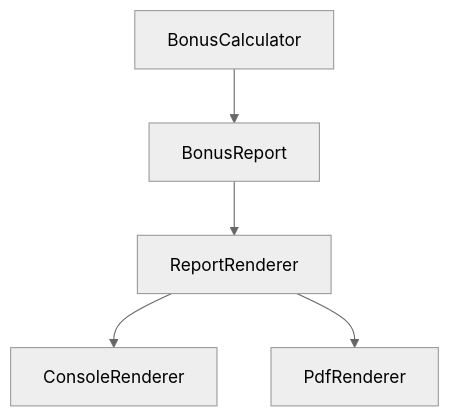
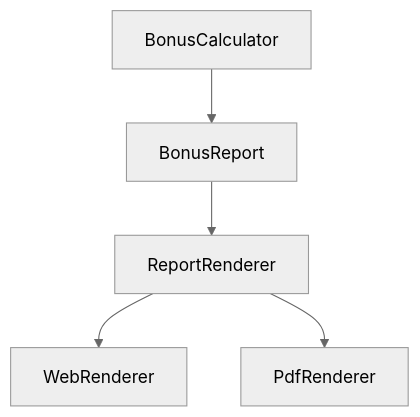
Diagram 13 of 16 in lectures/Lec1/vitepress.md (Kert0n/KPO), drawn with Mermaid (neutral theme) before and after one commit. The commit also changed other lines of this file, not shown here.

````diff
--- a/lectures/Lec1/vitepress.md
+++ b/lectures/Lec1/vitepress.md
@@ -1173,7 +1189,7 @@
 ```mermaid
 flowchart TD
     A["BonusCalculator"] --> B["BonusReport"]
     B --> C["ReportRenderer"]
-    C --> D["ConsoleRenderer"]
+    C --> D["WebRenderer"]
     C --> E["PdfRenderer"]
 ```
````
